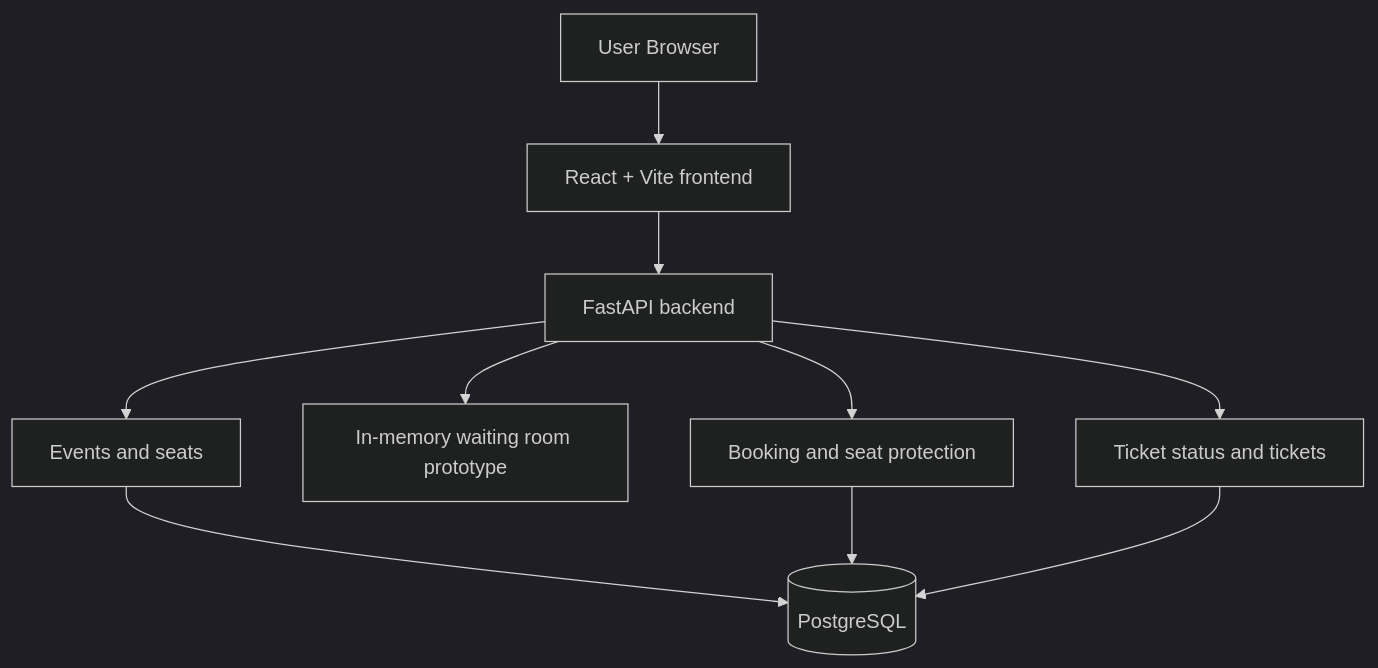
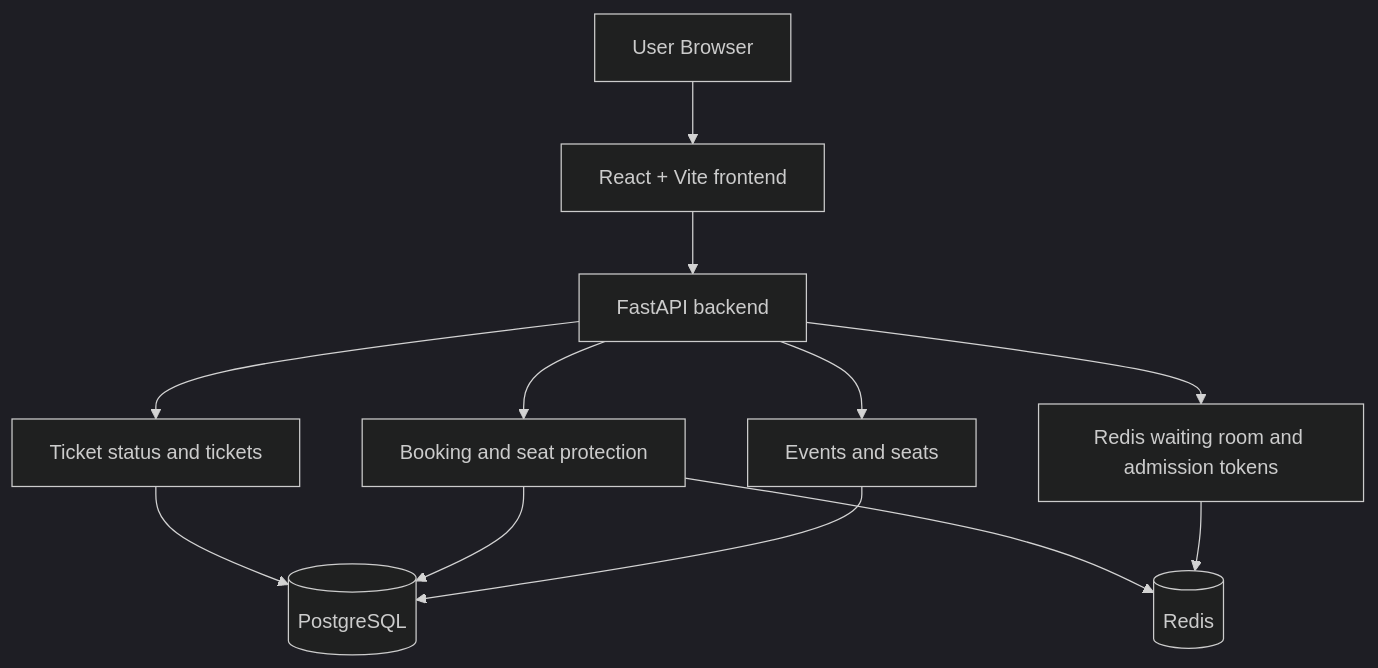
One commit to shreyashree0207/Event_Vault changed the diagram in README.md. Above: the diagram before and after it, drawn with Mermaid (dark theme). The commit also changed other lines of this file and 36 other files, not shown here.

````diff
--- a/README.md
+++ b/README.md
@@ -189,12 +279,14 @@
 ```mermaid
 flowchart TD
     User[User Browser] --> React[React + Vite frontend]
     React --> FastAPI[FastAPI backend]
     FastAPI --> Events[Events and seats]
-    FastAPI --> Waiting[In-memory waiting room prototype]
+    FastAPI --> Waiting[Redis waiting room and admission tokens]
     FastAPI --> Booking[Booking and seat protection]
     FastAPI --> Tickets[Ticket status and tickets]
     Events --> PostgreSQL[(PostgreSQL)]
     Booking --> PostgreSQL
     Tickets --> PostgreSQL
+    Waiting --> Redis[(Redis)]
+    Booking --> Redis
 ```
````
